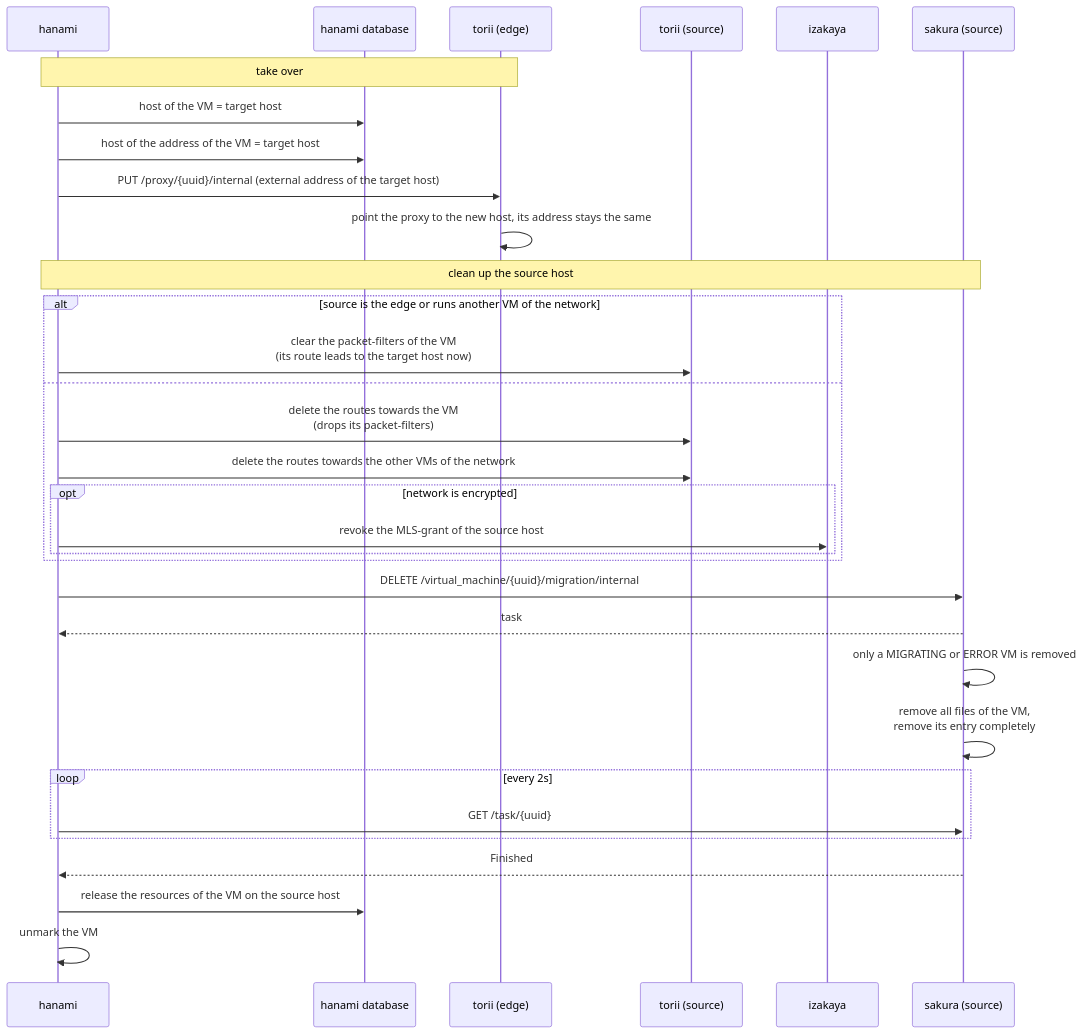
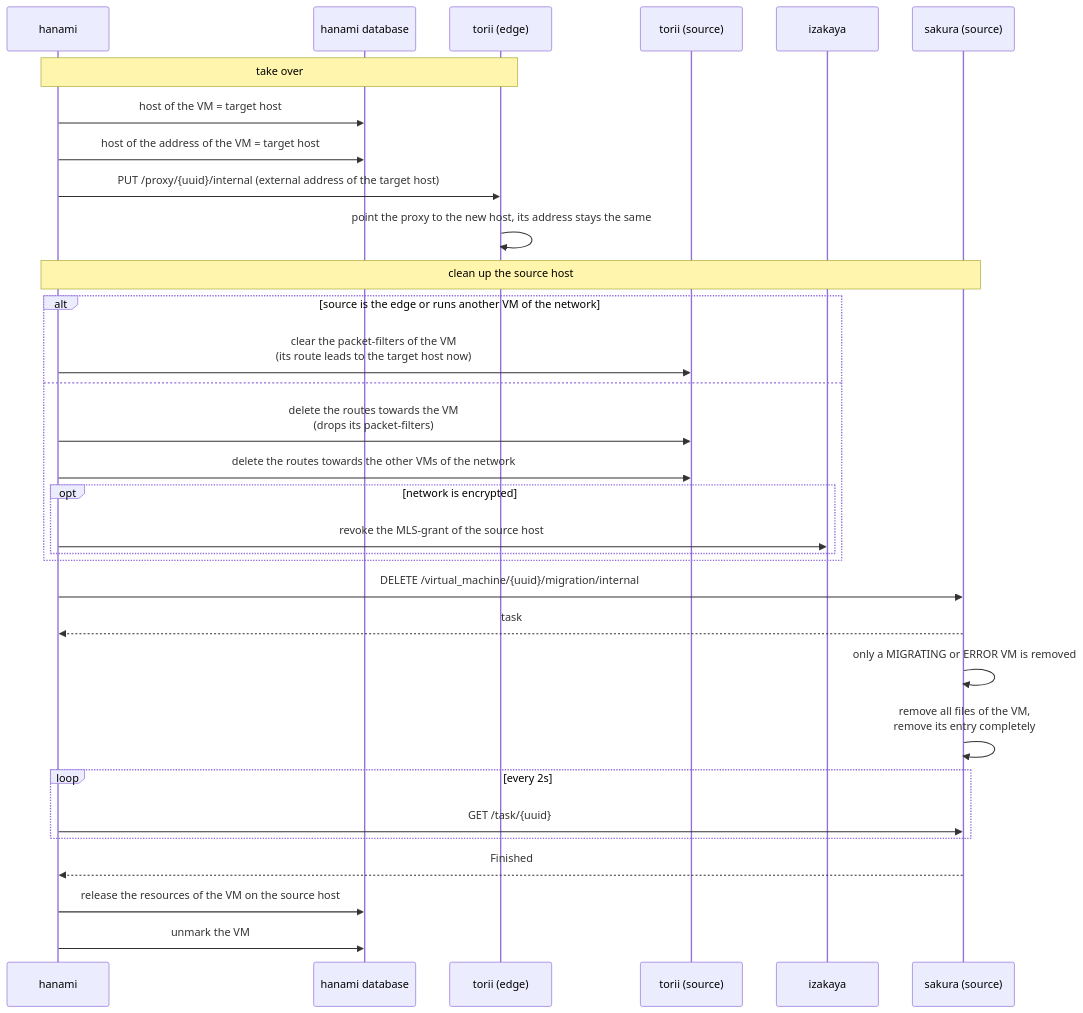
One commit to kitsudaiki/ainari changed the eighth of 9 diagrams in docs/developer/sequence_diagrams/vm_migration.md. Above: the diagram before and after it, drawn with Mermaid. The commit also changed other lines of this file and 12 other files, not shown here.

````diff
--- a/docs/developer/sequence_diagrams/vm_migration.md
+++ b/docs/developer/sequence_diagrams/vm_migration.md
@@ -251,36 +251,36 @@
 ```mermaid
 sequenceDiagram
     participant H as hanami
     participant DB as hanami database
     participant E as torii (edge)
     participant TS as torii (source)
     participant I as izakaya
     participant S as sakura (source)
 
     Note over H,E: take over
     H->>DB: host of the VM = target host
     H->>DB: host of the address of the VM = target host
     H->>E: PUT /proxy/{uuid}/internal (external address of the target host)
     E->>E: point the proxy to the new host, its address stays the same
 
     Note over H,S: clean up the source host
     alt source is the edge or runs another VM of the network
         H->>TS: clear the packet-filters of the VM<br/>(its route leads to the target host now)
     else
         H->>TS: delete the routes towards the VM<br/>(drops its packet-filters)
         H->>TS: delete the routes towards the other VMs of the network
         opt network is encrypted
             H->>I: revoke the MLS-grant of the source host
         end
     end
     H->>S: DELETE /virtual_machine/{uuid}/migration/internal
     S-->>H: task
     S->>S: only a MIGRATING or ERROR VM is removed
     S->>S: remove all files of the VM,<br/>remove its entry completely
     loop every 2s
         H->>S: GET /task/{uuid}
     end
     S-->>H: Finished
     H->>DB: release the resources of the VM on the source host
-    H->>H: unmark the VM
+    H->>DB: unmark the VM
 ```
````
